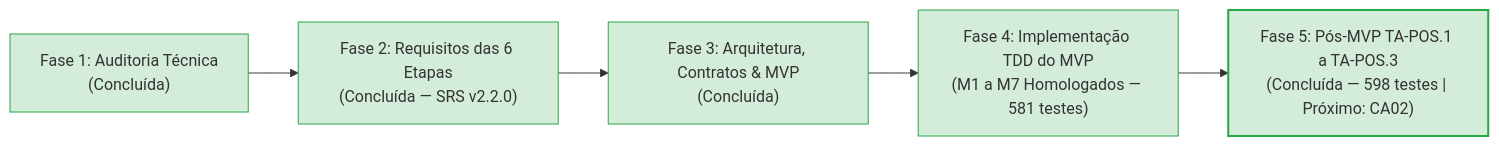
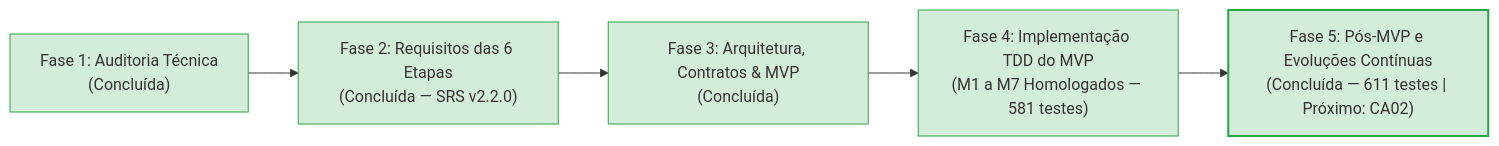
Before and after one commit to aleerangel/experimental-ml-framework: the diagram in docs/engenharia_software/ETAPA_ATUAL_ENGENHARIA.md, drawn with Mermaid. The commit also changed other lines of this file and 3 other files, not shown here.

````diff
--- a/docs/engenharia_software/ETAPA_ATUAL_ENGENHARIA.md
+++ b/docs/engenharia_software/ETAPA_ATUAL_ENGENHARIA.md
@@ -22,13 +22,13 @@
 ```mermaid
 flowchart LR
     Fase1["Fase 1: Auditoria Técnica<br/>(Concluída)"] --> Fase2["Fase 2: Requisitos das 6 Etapas<br/>(Concluída — SRS v2.2.0)"]
     Fase2 --> Fase3["Fase 3: Arquitetura, Contratos & MVP<br/>(Concluída)"]
     Fase3 --> Fase4["Fase 4: Implementação TDD do MVP<br/>(M1 a M7 Homologados — 581 testes)"]
-    Fase4 --> Fase5["Fase 5: Pós-MVP TA-POS.1 a TA-POS.3<br/>(Concluída — 598 testes | Próximo: CA02)"]
+    Fase4 --> Fase5["Fase 5: Pós-MVP e Evoluções Contínuas<br/>(Concluída — 611 testes | Próximo: CA02)"]
     
     style Fase1 fill:#d4edda,stroke:#28a745
     style Fase2 fill:#d4edda,stroke:#28a745
     style Fase3 fill:#d4edda,stroke:#28a745
     style Fase4 fill:#d4edda,stroke:#28a745
     style Fase5 fill:#d4edda,stroke:#28a745,stroke-width:2px
 ```
````
